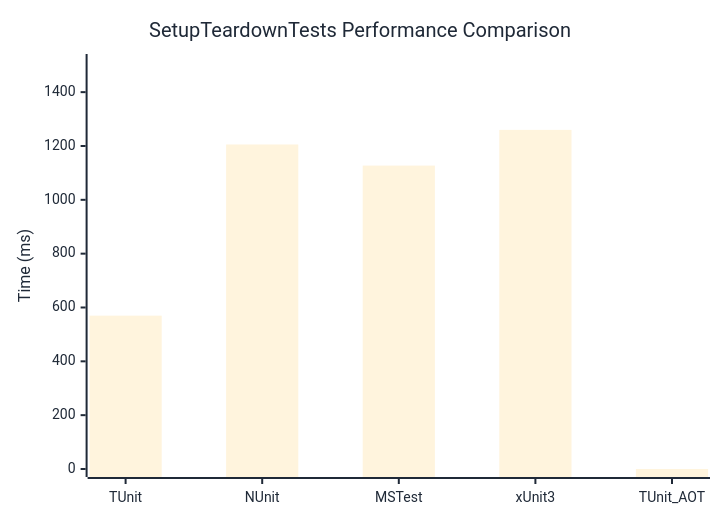
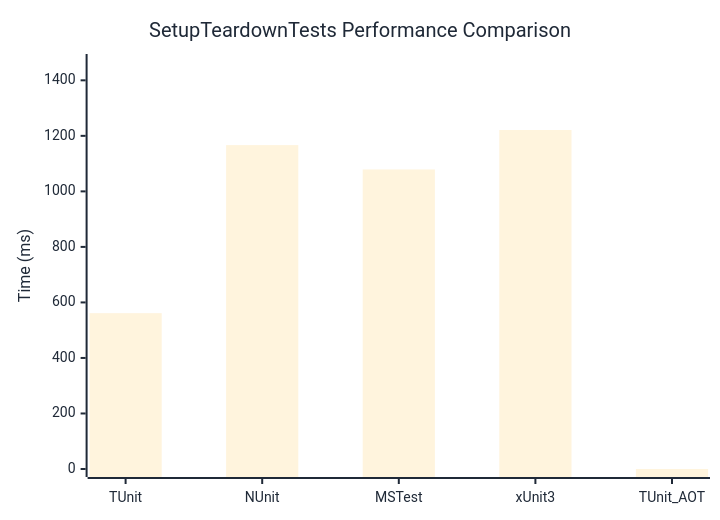
One commit to thomhurst/TUnit changed the diagram in docs/docs/benchmarks/SetupTeardownTests.md. Above: the diagram before and after it, drawn with Mermaid. The commit also changed other lines of this file and 17 other files, not shown here.

````diff
--- a/docs/docs/benchmarks/SetupTeardownTests.md
+++ b/docs/docs/benchmarks/SetupTeardownTests.md
@@ -27,37 +27,37 @@
 ```mermaid
 %%{init: {
   'theme':'base',
   'themeVariables': {
     'primaryColor': '#2563eb',
     'primaryTextColor': '#1f2937',
     'primaryBorderColor': '#1e40af',
     'lineColor': '#6b7280',
     'secondaryColor': '#7c3aed',
     'tertiaryColor': '#dc2626',
     'background': '#ffffff',
     'mainBkg': '#2563eb',
     'secondBkg': '#7c3aed',
     'tertiaryBkg': '#dc2626',
     'clusterBkg': '#f3f4f6',
     'edgeLabelBackground': '#ffffff',
     'tertiaryTextColor': '#1f2937',
     'pie1': '#2563eb',
     'pie2': '#7c3aed',
     'pie3': '#dc2626',
     'pie4': '#f59e0b',
     'pie5': '#10b981',
     'pie6': '#06b6d4',
     'pie7': '#ec4899',
     'pie8': '#6366f1',
     'pie9': '#84cc16',
     'pie10': '#f97316',
     'pie11': '#14b8a6',
     'pie12': '#a855f7'
   }
 }}%%
 xychart-beta
   title "SetupTeardownTests Performance Comparison"
   x-axis ["TUnit", "NUnit", "MSTest", "xUnit3", "TUnit_AOT"]
-  y-axis "Time (ms)" 0 --> 1512
-  bar [569.7, 1205.6, 1127.2, 1259.8, 0]
+  y-axis "Time (ms)" 0 --> 1466
+  bar [561.3, 1166.7, 1079, 1221.1, 0]
 ```
````
